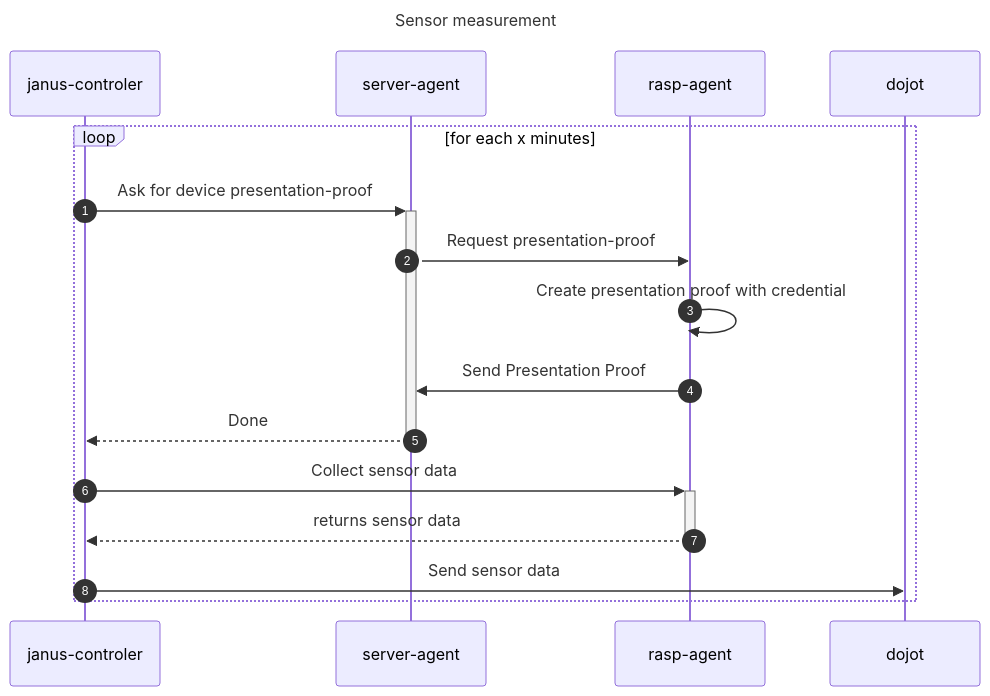
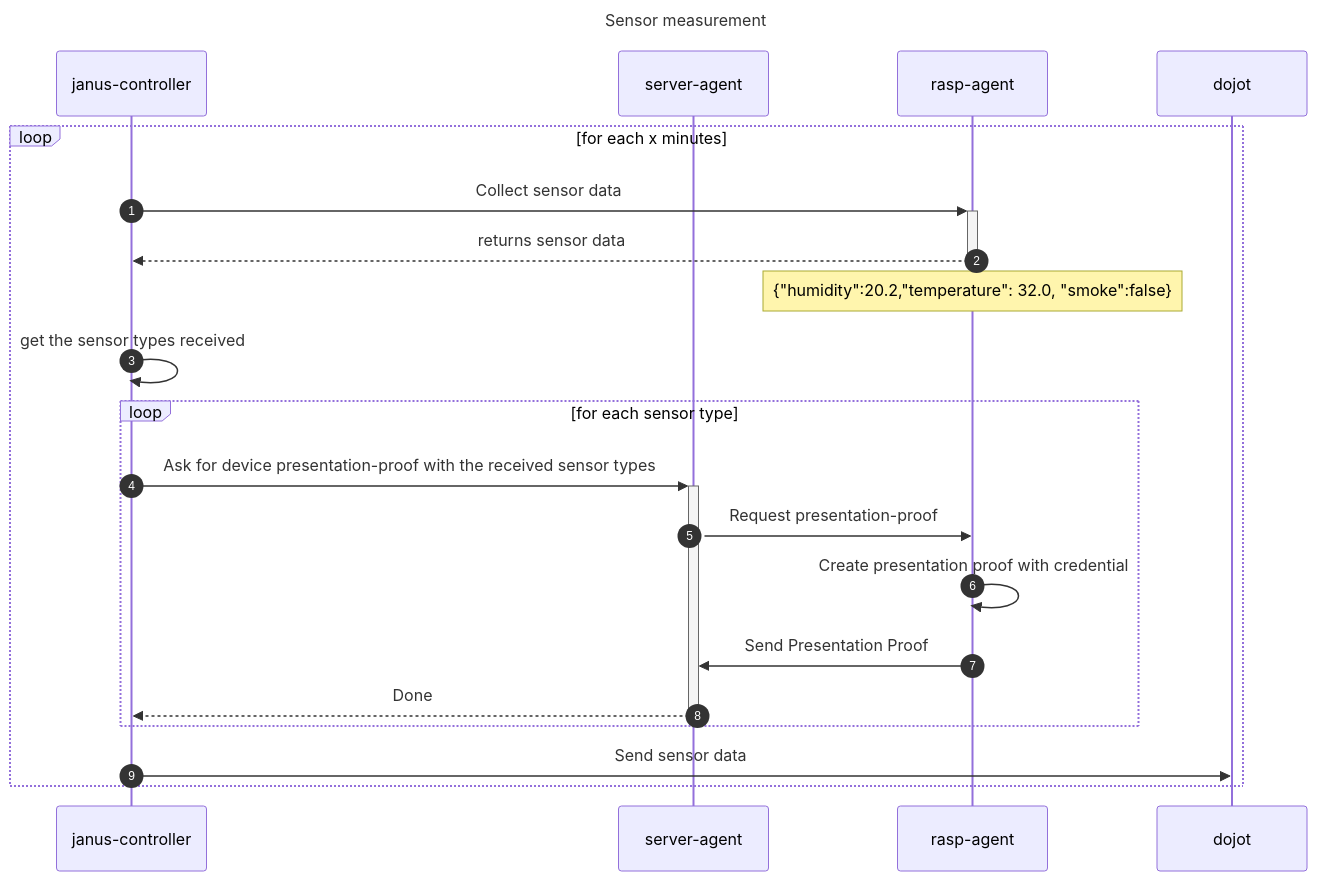
The second of 2 diagrams in docs/readme.md (Instituto-Atlantico/janus), drawn with Mermaid before and after one commit. The commit also changed other lines of this file and 1 other file, not shown here.

Commit message:
updating diagrams

````diff
--- a/docs/readme.md
+++ b/docs/readme.md
@@ -54,22 +54,28 @@
 ``` mermaid
 sequenceDiagram
     title: Sensor measurement 
     autonumber
 
-    participant janus as janus-controler
+    participant janus as janus-controller
     participant server as server-agent
     participant rasp as rasp-agent
 
     loop for each x minutes
-        janus ->>+ server: Ask for device presentation-proof
-        server ->> rasp: Request presentation-proof
-        rasp ->> rasp: Create presentation proof with credential
-        rasp ->> server: Send Presentation Proof
-        server -->>- janus: Done
 
         janus ->>+ rasp: Collect sensor data
         rasp -->>- janus: returns sensor data
+        note over rasp: {"humidity":20.2,"temperature": 32.0, "smoke":false}
+
+
+        janus ->> janus: get the sensor types received
+        loop for each sensor type
+            janus ->>+ server: Ask for device presentation-proof with the received sensor types
+            server ->> rasp: Request presentation-proof
+            rasp ->> rasp: Create presentation proof with credential
+            rasp ->> server: Send Presentation Proof
+            server -->>- janus: Done
+        end
 
         janus ->> dojot: Send sensor data
     end
 ```
````
